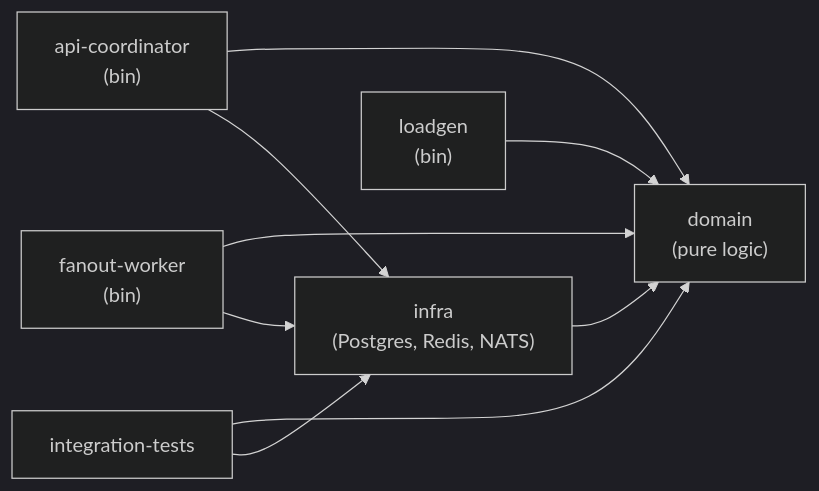
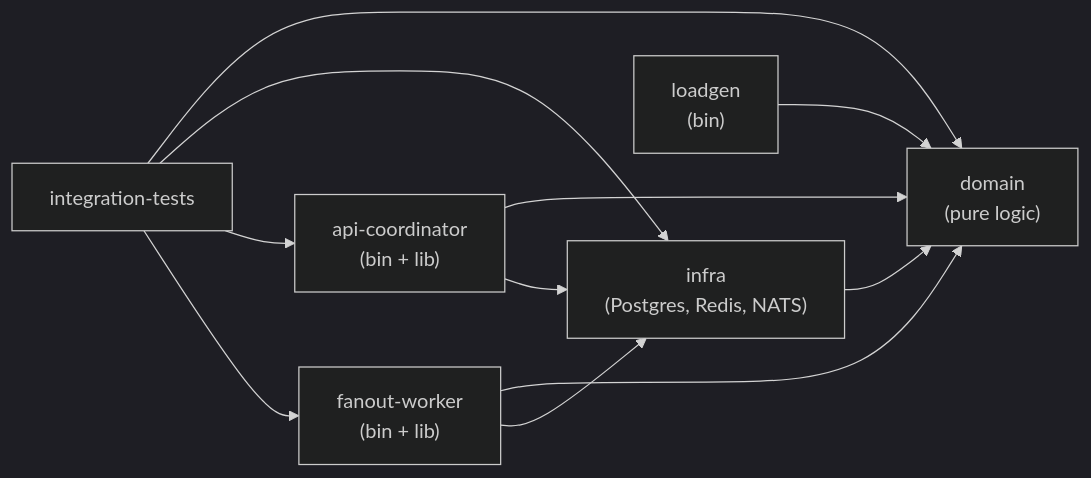
Before and after one commit to MuaazTasawar/pulsegrid: the ninth of 14 diagrams in README.md, drawn with Mermaid (dark theme). The commit also changed other lines of this file and 4 other files, not shown here.

````diff
--- a/README.md
+++ b/README.md
@@ -349,18 +434,20 @@
 ```mermaid
 flowchart LR
     domain["domain<br/>(pure logic)"]
     infra["infra<br/>(Postgres, Redis, NATS)"]
-    api["api-coordinator<br/>(bin)"]
-    worker["fanout-worker<br/>(bin)"]
+    api["api-coordinator<br/>(bin + lib)"]
+    worker["fanout-worker<br/>(bin + lib)"]
     loadgen["loadgen<br/>(bin)"]
     tests["integration-tests"]
 
     infra --> domain
     api --> domain
     api --> infra
     worker --> domain
     worker --> infra
     loadgen --> domain
     tests --> domain
     tests --> infra
+    tests --> api
+    tests --> worker
 ```
````
